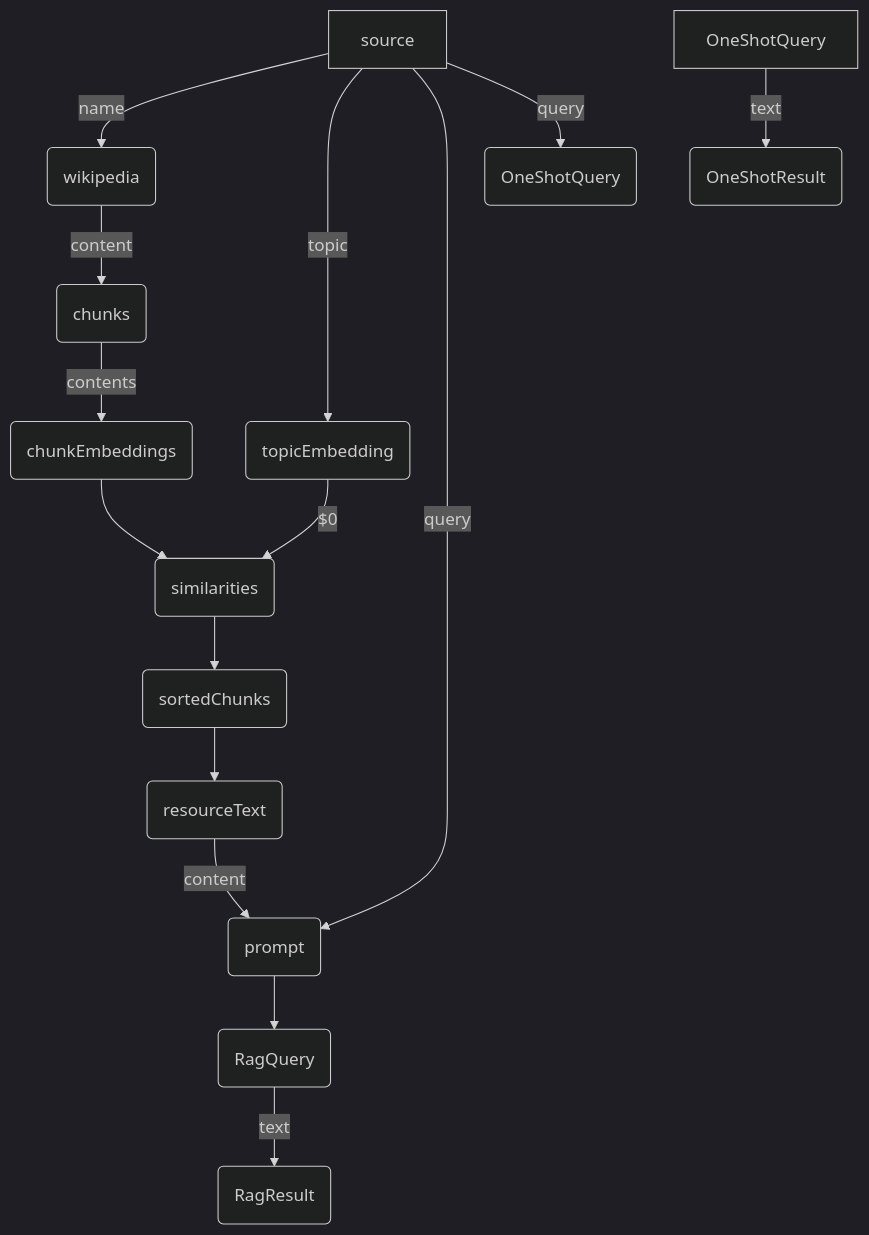
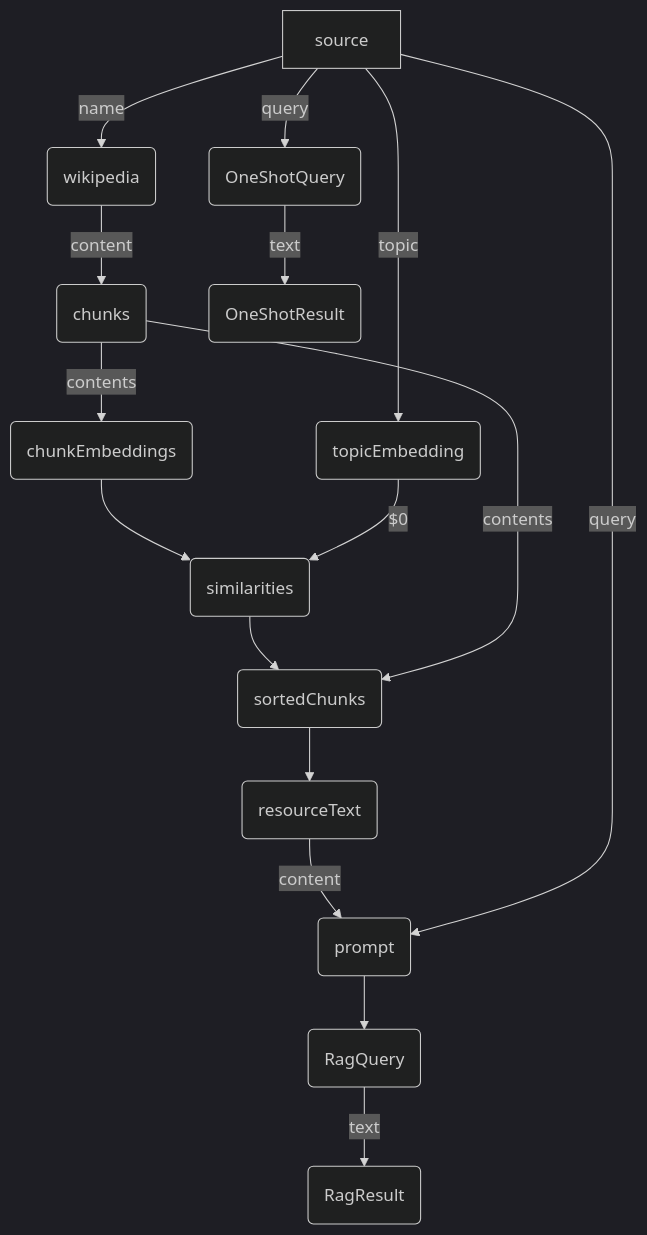
The first of 5 diagrams in packages/graphai/README.template.md (receptron/graphai), drawn with Mermaid (dark theme) before and after one commit. The commit also changed other lines of this file, not shown here.

Commit message:
OneShotQuery, 0.5

````diff
--- a/packages/graphai/README.template.md
+++ b/packages/graphai/README.template.md
@@ -21,17 +21,18 @@
 ```mermaid
 flowchart TD
  source -- name --> wikipedia(wikipedia)
  wikipedia -- content --> chunks(chunks)
  chunks -- contents --> chunkEmbeddings(chunkEmbeddings)
  source -- topic --> topicEmbedding(topicEmbedding)
  chunkEmbeddings --> similarities(similarities)
  topicEmbedding -- $0 --> similarities
  similarities --> sortedChunks(sortedChunks)
+ chunks -- contents --> sortedChunks
  sortedChunks --> referenceText(resourceText)
  referenceText -- content --> prompt
  source -- query --> prompt(prompt)
  prompt --> RagQuery(RagQuery)
- source -- query --> OnShotQuery(OneShotQuery)
+ source -- query --> OneShotQuery(OneShotQuery)
  RagQuery -- text --> RagResult(RagResult)
  OneShotQuery -- text --> OneShotResult(OneShotResult)
 ```
````
